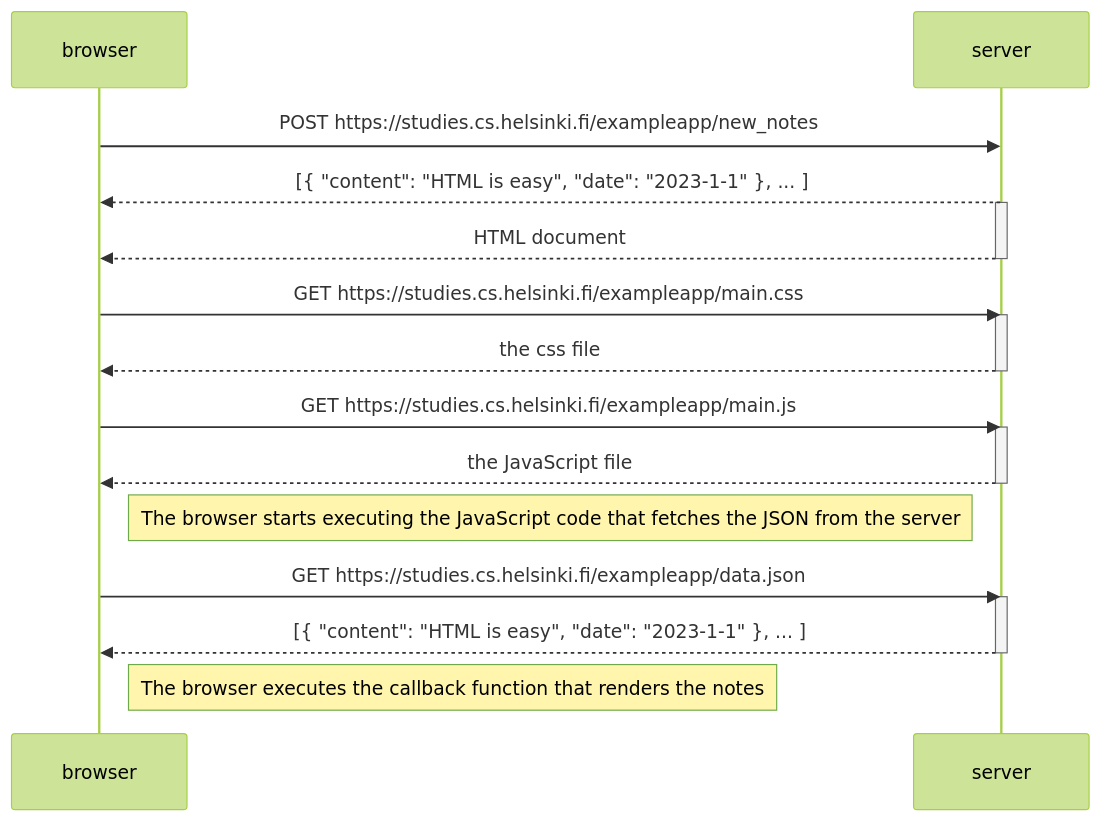
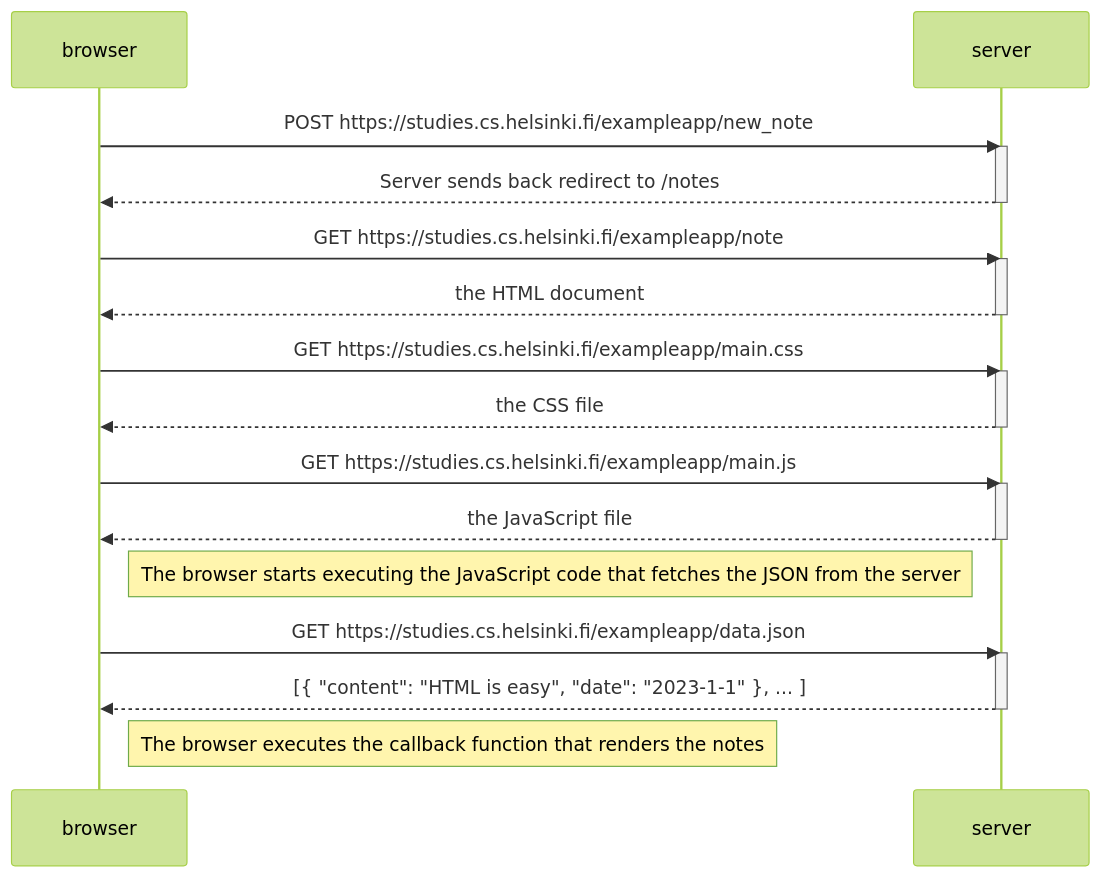
The diagram in part0/0.4/sequenceChart.md (wyattnolen/fullstackopen), drawn with Mermaid (forest theme) before and after one commit.

````diff
--- a/part0/0.4/sequenceChart.md
+++ b/part0/0.4/sequenceChart.md
@@ -1,30 +1,34 @@
 ```mermaid
 sequenceDiagram
     participant browser
     participant server
 
-    browser->>server: POST https://studies.cs.helsinki.fi/exampleapp/new_notes
-    server-->>browser: [{ "content": "HTML is easy", "date": "2023-1-1" }, ... ]
+    browser->>server: POST https://studies.cs.helsinki.fi/exampleapp/new_note
     activate server
-    server-->>browser: HTML document
+    server-->>browser: Server sends back redirect to /notes
+    deactivate server
+
+    browser->>server: GET https://studies.cs.helsinki.fi/exampleapp/note
+    activate server
+    server-->>browser: the HTML document
     deactivate server
 
     browser->>server: GET https://studies.cs.helsinki.fi/exampleapp/main.css
     activate server
-    server-->>browser: the css file
+    server-->>browser: the CSS file
     deactivate server
 
     browser->>server: GET https://studies.cs.helsinki.fi/exampleapp/main.js
     activate server
     server-->>browser: the JavaScript file
     deactivate server
 
     Note right of browser: The browser starts executing the JavaScript code that fetches the JSON from the server
 
     browser->>server: GET https://studies.cs.helsinki.fi/exampleapp/data.json
     activate server
     server-->>browser: [{ "content": "HTML is easy", "date": "2023-1-1" }, ... ]
     deactivate server
 
     Note right of browser: The browser executes the callback function that renders the notes
 ```
````
